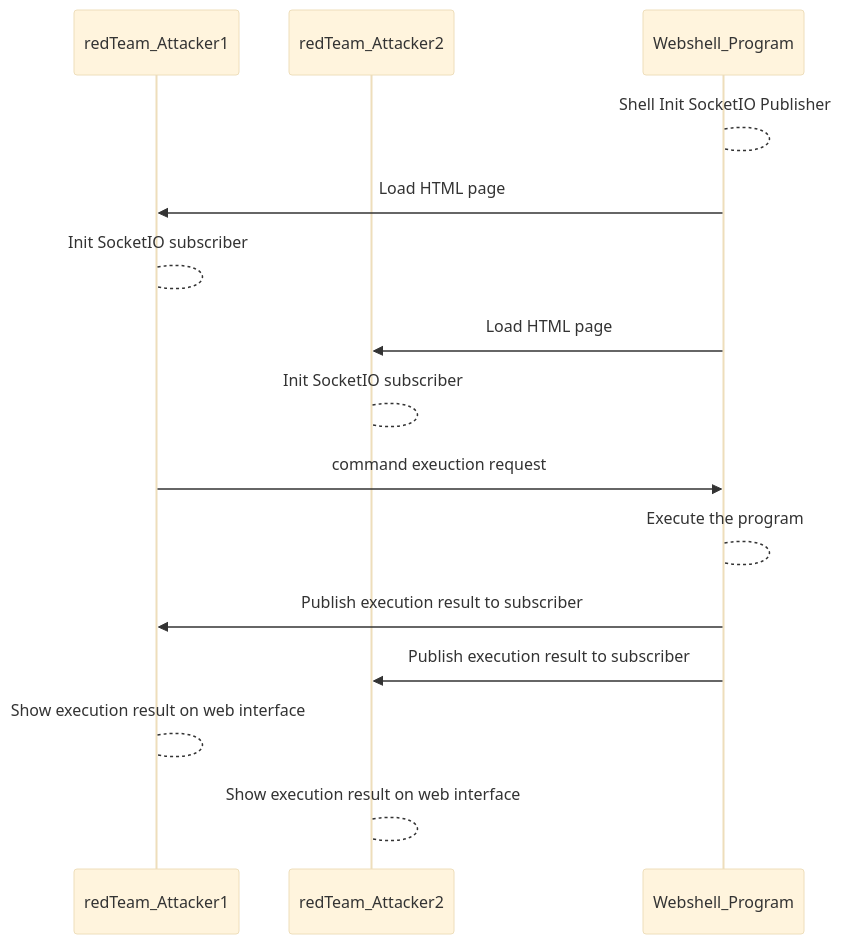
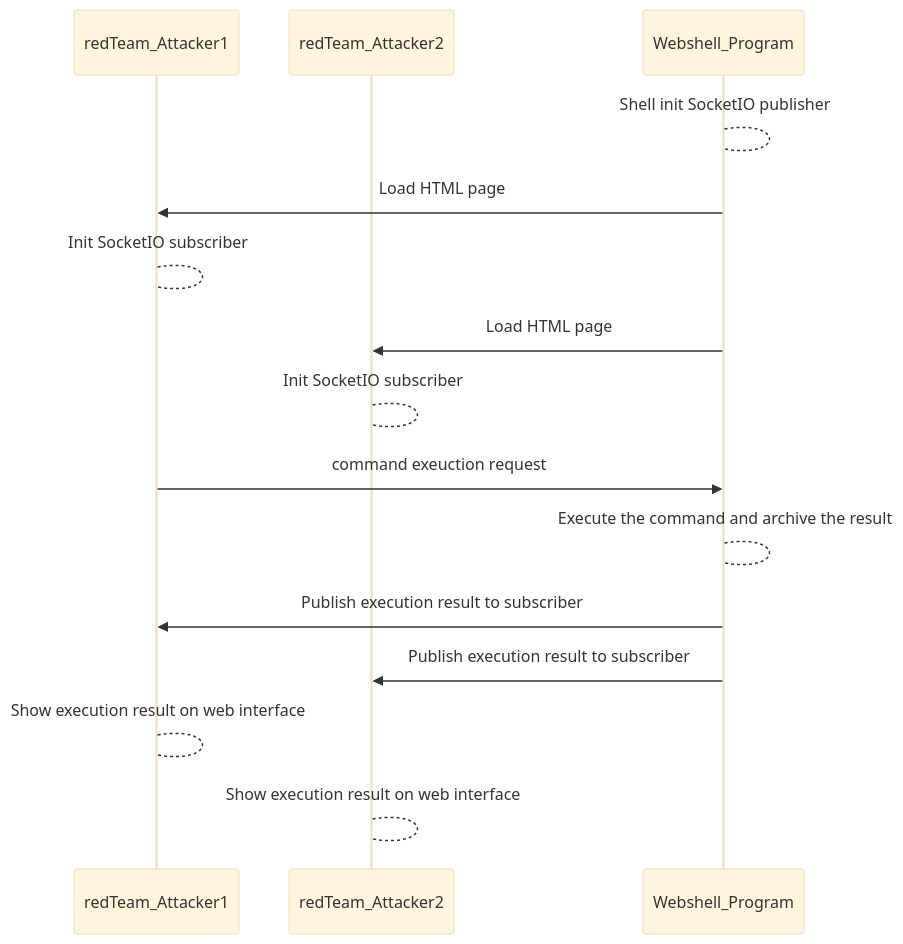
One commit to LiuYuancheng/IT_OT_IoT_Cyber_Security_Workshop changed the diagram in IoT_System_Attack_Case_Study/IoT_Attack_Case_Study_02/IoT_Attack_Case_Study_02.md. Above: the diagram before and after it, drawn with Mermaid (base theme). The commit also changed other lines of this file and 3 other files, not shown here.

````diff
--- a/IoT_System_Attack_Case_Study/IoT_Attack_Case_Study_02/IoT_Attack_Case_Study_02.md
+++ b/IoT_System_Attack_Case_Study/IoT_Attack_Case_Study_02/IoT_Attack_Case_Study_02.md
@@ -141,19 +161,19 @@
 ```mermaid
 sequenceDiagram
     participant redTeam_Attacker1
     participant redTeam_Attacker2
     participant Webshell_Program
-    Webshell_Program --> Webshell_Program: Shell Init SocketIO Publisher	
+    Webshell_Program --> Webshell_Program: Shell init SocketIO publisher	
     Webshell_Program ->> redTeam_Attacker1: Load HTML page
     redTeam_Attacker1 --> redTeam_Attacker1: Init SocketIO subscriber
     Webshell_Program ->> redTeam_Attacker2: Load HTML page
     redTeam_Attacker2 --> redTeam_Attacker2: Init SocketIO subscriber
     redTeam_Attacker1 ->> Webshell_Program : command exeuction request
-    Webshell_Program --> Webshell_Program: Execute the program
+    Webshell_Program --> Webshell_Program: Execute the command and archive the result
     Webshell_Program ->> redTeam_Attacker1: Publish execution result to subscriber
     Webshell_Program ->> redTeam_Attacker2: Publish execution result to subscriber
     redTeam_Attacker1 --> redTeam_Attacker1: Show execution result on web interface
     redTeam_Attacker2 --> redTeam_Attacker2: Show execution result on web interface
     
     
 ```
````
